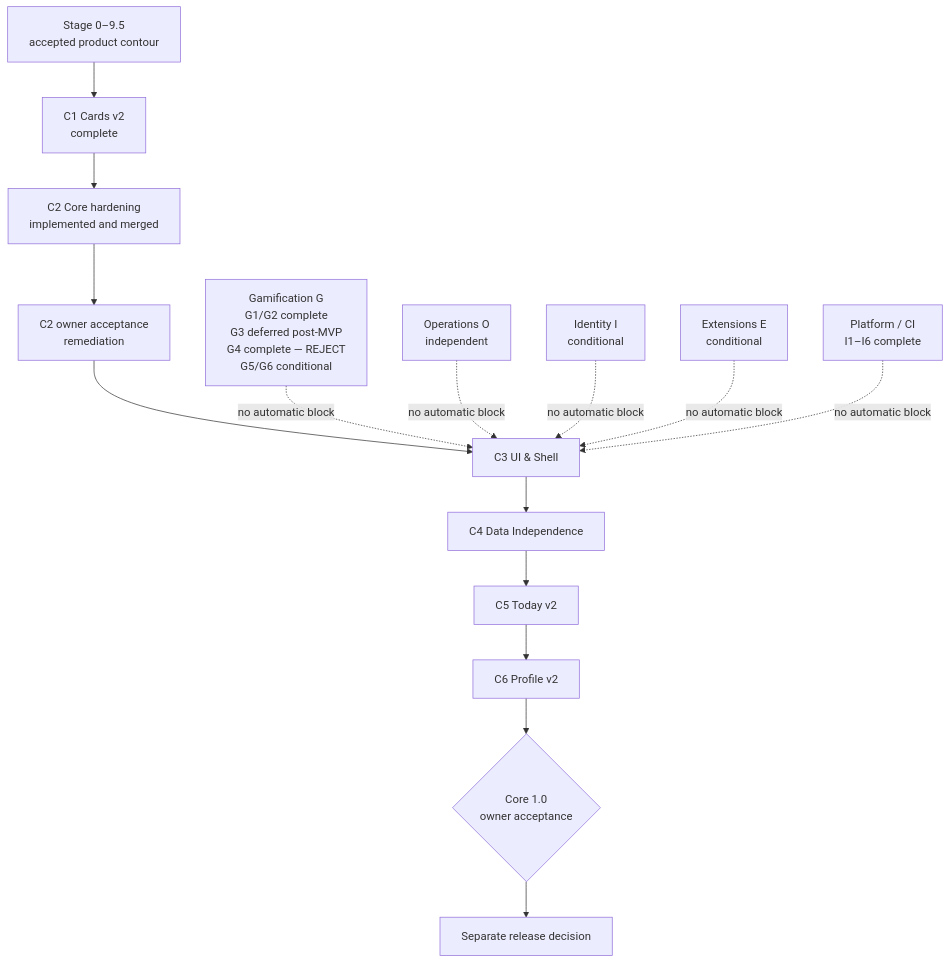
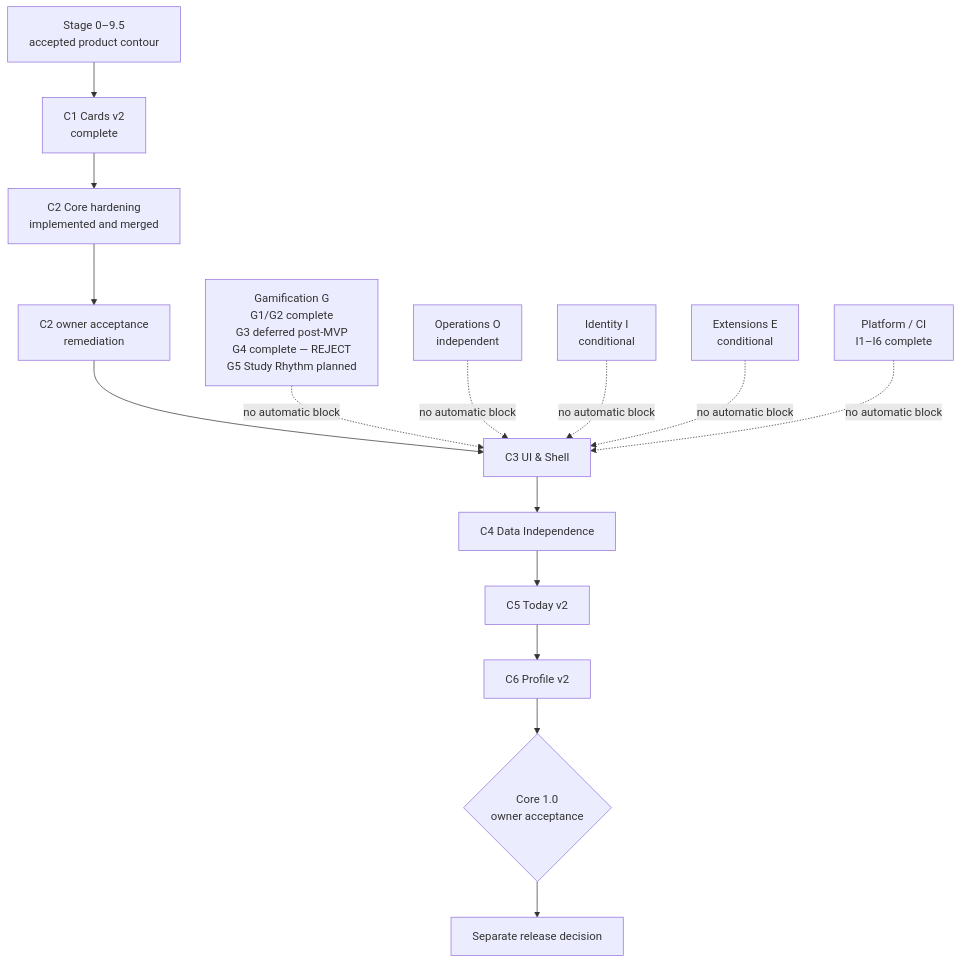
The diagram in roadmap/README.md (AliceLiddell01/anki-study-report), drawn with Mermaid before and after one commit. The commit also changed other lines of this file, not shown here.

````diff
--- a/roadmap/README.md
+++ b/roadmap/README.md
@@ -9,24 +9,24 @@
 ```mermaid
 flowchart TB
     S[Stage 0–9.5<br/>accepted product contour] --> C1[C1 Cards v2<br/>complete]
     C1 --> C2[C2 Core hardening<br/>implemented and merged]
     C2 --> A[C2 owner acceptance<br/>remediation]
     A --> C3[C3 UI & Shell]
     C3 --> C4[C4 Data Independence]
     C4 --> C5[C5 Today v2]
     C5 --> C6[C6 Profile v2]
     C6 --> R{Core 1.0<br/>owner acceptance}
     R --> REL[Separate release decision]
 
-    G[Gamification G<br/>G1/G2 complete<br/>G3 deferred post-MVP<br/>G4 complete — REJECT<br/>G5/G6 conditional]
+    G[Gamification G<br/>G1/G2 complete<br/>G3 deferred post-MVP<br/>G4 complete — REJECT<br/>G5 Study Rhythm planned]
     O[Operations O<br/>independent]
     I[Identity I<br/>conditional]
     E[Extensions E<br/>conditional]
     P[Platform / CI<br/>I1–I6 complete]
 
     G -. no automatic block .-> C3
     O -. no automatic block .-> C3
     I -. no automatic block .-> C3
     E -. no automatic block .-> C3
     P -. no automatic block .-> C3
 ```
````
